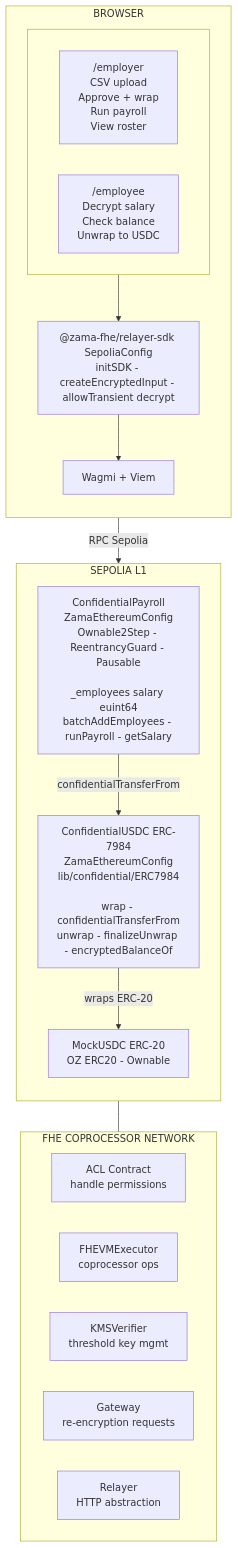
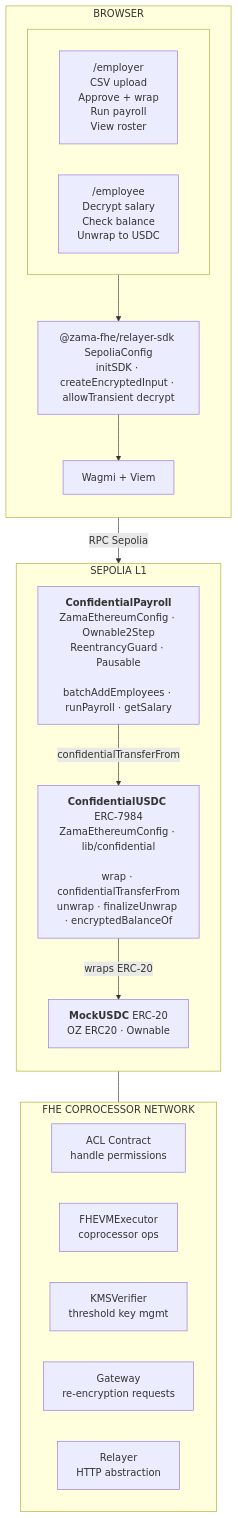
The first of 6 diagrams in docs/PRD.md (BootNodeDev/cops-monorepo), drawn with Mermaid before and after one commit.

Commit message:
Fix Mermaid line breaks in architecture diagram
GitHub renders <br/> not \n for line breaks in flowchart nodes.
Also adds <b> tags for contract names.

````diff
--- a/docs/PRD.md
+++ b/docs/PRD.md
@@ -132,36 +132,36 @@
 ```mermaid
 graph TB
     subgraph Browser["BROWSER"]
         direction TB
         subgraph Views[" "]
             direction LR
-            EmpView["/employer\nCSV upload\nApprove + wrap\nRun payroll\nView roster"]
-            EeView["/employee\nDecrypt salary\nCheck balance\nUnwrap to USDC"]
+            EmpView["/employer<br/>CSV upload<br/>Approve + wrap<br/>Run payroll<br/>View roster"]
+            EeView["/employee<br/>Decrypt salary<br/>Check balance<br/>Unwrap to USDC"]
         end
-        SDK["@zama-fhe/relayer-sdk SepoliaConfig\ninitSDK - createEncryptedInput - allowTransient decrypt"]
+        SDK["@zama-fhe/relayer-sdk SepoliaConfig<br/>initSDK · createEncryptedInput · allowTransient decrypt"]
         WV["Wagmi + Viem"]
         Views --> SDK --> WV
     end
 
     WV -->|"RPC Sepolia"| CP
 
     subgraph Sepolia["SEPOLIA L1"]
         direction TB
-        CP["ConfidentialPayroll\nZamaEthereumConfig\nOwnable2Step - ReentrancyGuard - Pausable\n\n_employees salary euint64\nbatchAddEmployees - runPayroll - getSalary"]
-        CU["ConfidentialUSDC ERC-7984\nZamaEthereumConfig\nlib/confidential/ERC7984\n\nwrap - confidentialTransferFrom\nunwrap - finalizeUnwrap - encryptedBalanceOf"]
-        MU["MockUSDC ERC-20\nOZ ERC20 - Ownable"]
+        CP["<b>ConfidentialPayroll</b><br/>ZamaEthereumConfig · Ownable2Step<br/>ReentrancyGuard · Pausable<br/><br/>batchAddEmployees · runPayroll · getSalary"]
+        CU["<b>ConfidentialUSDC</b> ERC-7984<br/>ZamaEthereumConfig · lib/confidential<br/><br/>wrap · confidentialTransferFrom<br/>unwrap · finalizeUnwrap · encryptedBalanceOf"]
+        MU["<b>MockUSDC</b> ERC-20<br/>OZ ERC20 · Ownable"]
         CP -->|"confidentialTransferFrom"| CU
         CU -->|"wraps ERC-20"| MU
     end
 
     MU --- Copro
 
     subgraph Copro["FHE COPROCESSOR NETWORK"]
         direction LR
-        ACL["ACL Contract\nhandle permissions"]
-        Exec["FHEVMExecutor\ncoprocessor ops"]
-        KMSv["KMSVerifier\nthreshold key mgmt"]
-        GW["Gateway\nre-encryption requests"]
-        Relay["Relayer\nHTTP abstraction"]
+        ACL["ACL Contract<br/>handle permissions"]
+        Exec["FHEVMExecutor<br/>coprocessor ops"]
+        KMSv["KMSVerifier<br/>threshold key mgmt"]
+        GW["Gateway<br/>re-encryption requests"]
+        Relay["Relayer<br/>HTTP abstraction"]
     end
 ```
````
